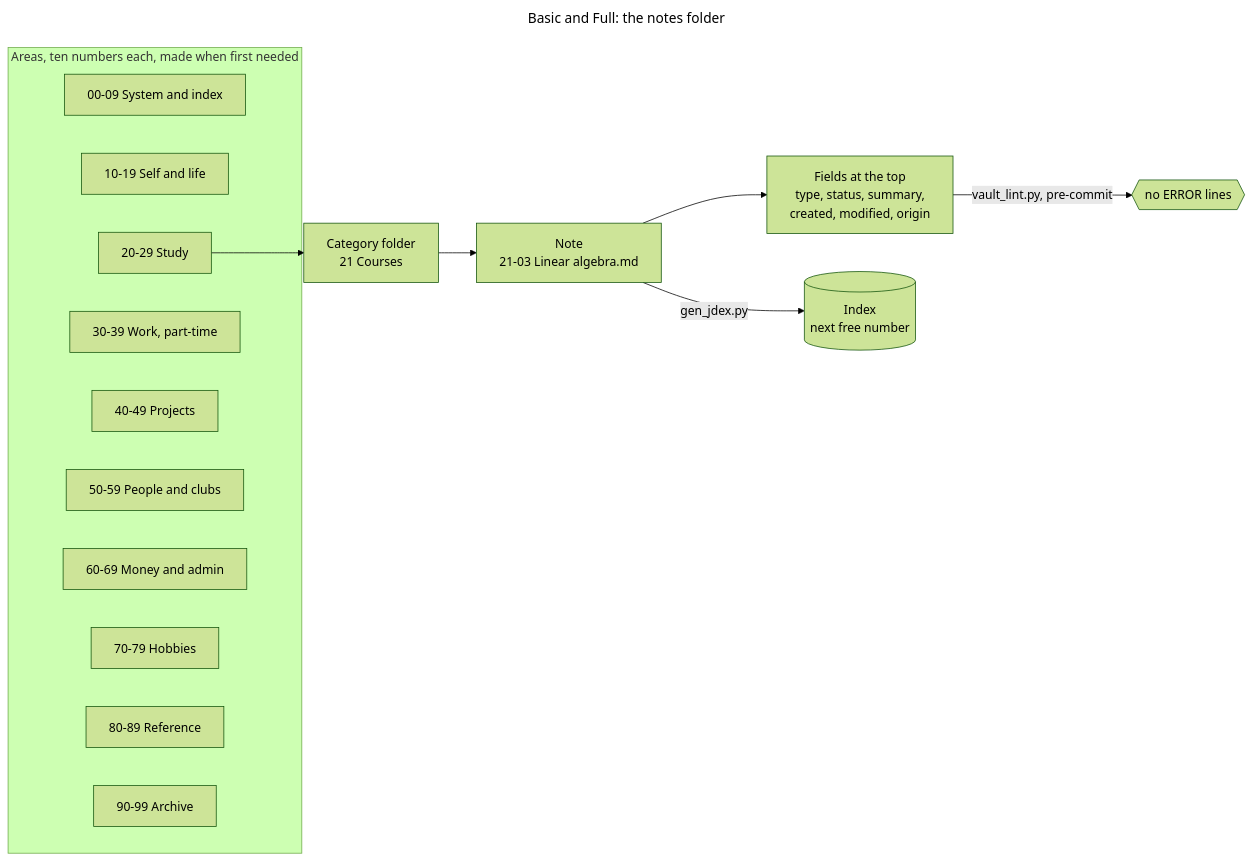
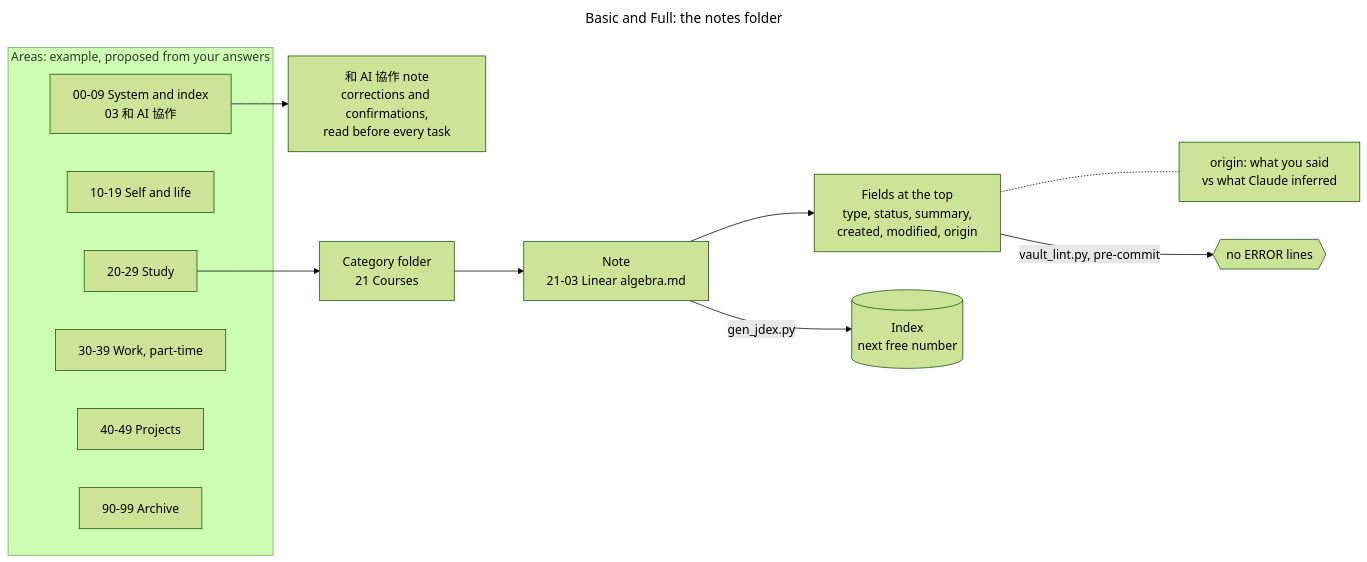
One commit to 0Smallcat0/second-brain-kit changed the fifth of 6 diagrams in docs/ADVANCED.md. Above: the diagram before and after it, drawn with Mermaid (forest theme). The commit also changed other lines of this file and 61 other files, not shown here.

Commit message:
0.2.5: entry + maintenance only; maintenance learns from corrections and confirmations

````diff
--- a/docs/ADVANCED.md
+++ b/docs/ADVANCED.md
@@ -205,23 +223,21 @@
 ```mermaid
 ---
 title: "Basic and Full: the notes folder"
 ---
 flowchart LR
-  subgraph Areas["Areas, ten numbers each, made when first needed"]
-    A0["00-09 System and index"]
+  subgraph Areas["Areas: example, proposed from your answers"]
+    A0["00-09 System and index<br/>03 和 AI 協作"]
     A1["10-19 Self and life"]
     A2["20-29 Study"]
     A3["30-39 Work, part-time"]
     A4["40-49 Projects"]
-    A5["50-59 People and clubs"]
-    A6["60-69 Money and admin"]
-    A7["70-79 Hobbies"]
-    A8["80-89 Reference"]
     A9["90-99 Archive"]
   end
+  A0 --> LN["和 AI 協作 note<br/>corrections and confirmations,<br/>read before every task"]
   A2 --> C["Category folder<br/>21 Courses"]
   C --> N["Note<br/>21-03 Linear algebra.md"]
   N --> F["Fields at the top<br/>type, status, summary,<br/>created, modified, origin"]
+  F -.- O["origin: what you said<br/>vs what Claude inferred"]
   N -->|gen_jdex.py| J[("Index<br/>next free number")]
   F -->|vault_lint.py, pre-commit| L{{"no ERROR lines"}}
 ```
````
